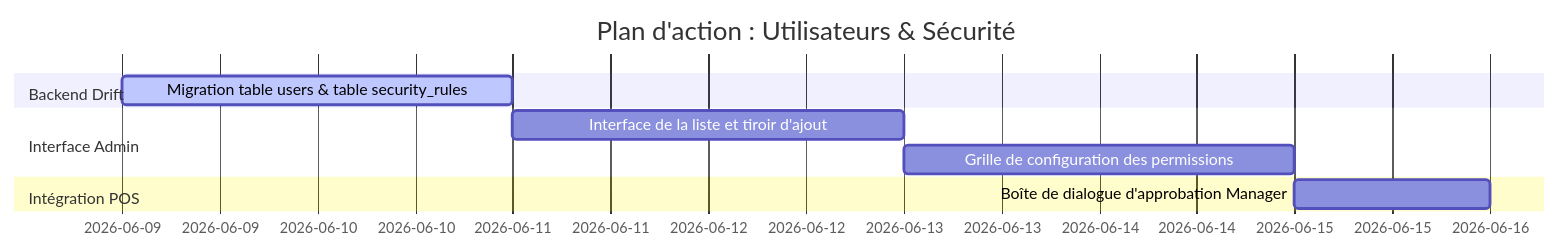
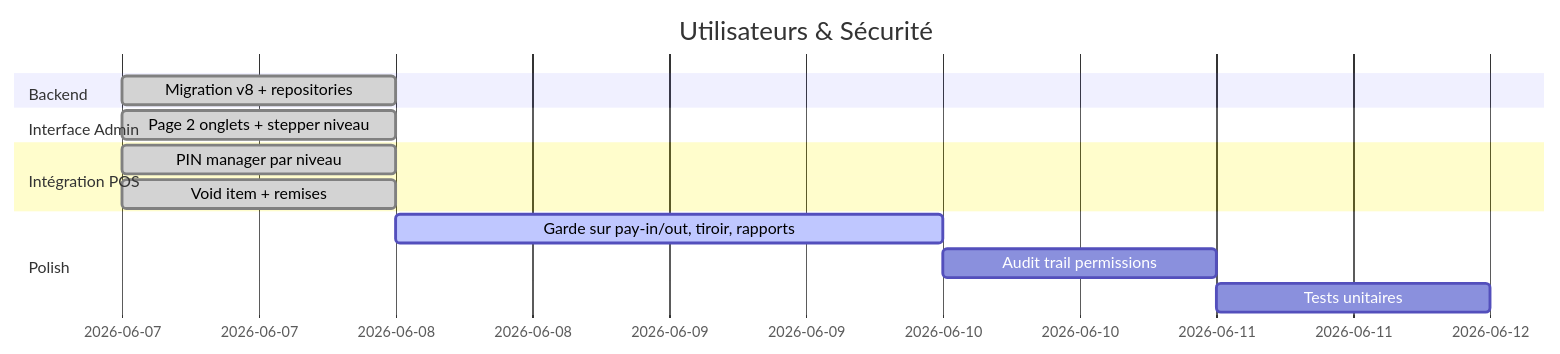
One commit to badrlahmidi/flutpos changed the second of 2 diagrams in docs/users_security_plan.md. Above: the diagram before and after it, drawn with Mermaid. The commit also changed other lines of this file and 53 other files, not shown here.

First line of the commit message:
feat: reporting backoffice et gestion sécurité utilisateurs

````diff
--- a/docs/users_security_plan.md
+++ b/docs/users_security_plan.md
@@ -109,12 +169,16 @@
 ```mermaid
 gantt
-    title Plan d'action : Utilisateurs & Sécurité
+    title Utilisateurs & Sécurité
     dateFormat  YYYY-MM-DD
-    section Backend Drift
-    Migration table users & table security_rules :active, db_migrate, 2026-06-09, 2d
+    section Backend
+    Migration v8 + repositories           :done, db, 2026-06-07, 1d
     section Interface Admin
-    Interface de la liste et tiroir d'ajout  :users_ui, 2026-06-11, 2d
-    Grille de configuration des permissions  :security_ui, 2026-06-13, 2d
+    Page 2 onglets + stepper niveau         :done, ui, 2026-06-07, 1d
     section Intégration POS
-    Boîte de dialogue d'approbation Manager :approval_dialog, 2026-06-15, 1d
+    PIN manager par niveau                  :done, pin, 2026-06-07, 1d
+    Void item + remises                     :done, pos1, 2026-06-07, 1d
+    section Polish
+    Garde sur pay-in/out, tiroir, rapports  :active, pos2, 2026-06-08, 2d
+    Audit trail permissions                 :audit, 2026-06-10, 1d
+    Tests unitaires                         :tests, 2026-06-11, 1d
 ```
````
